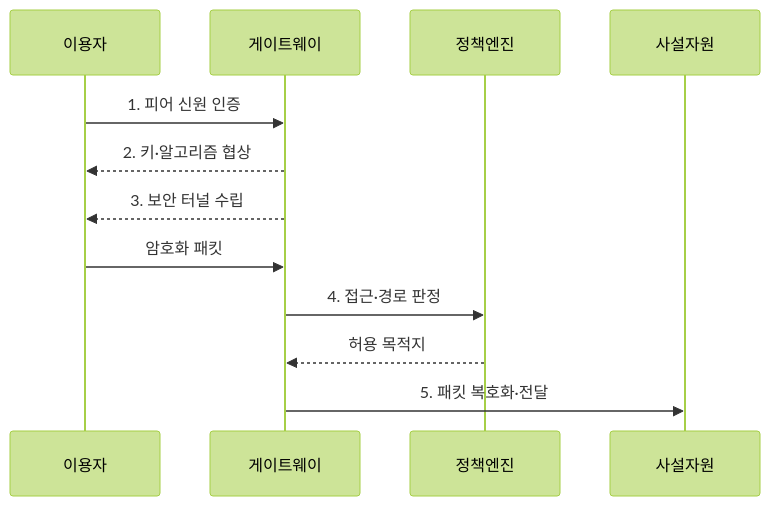
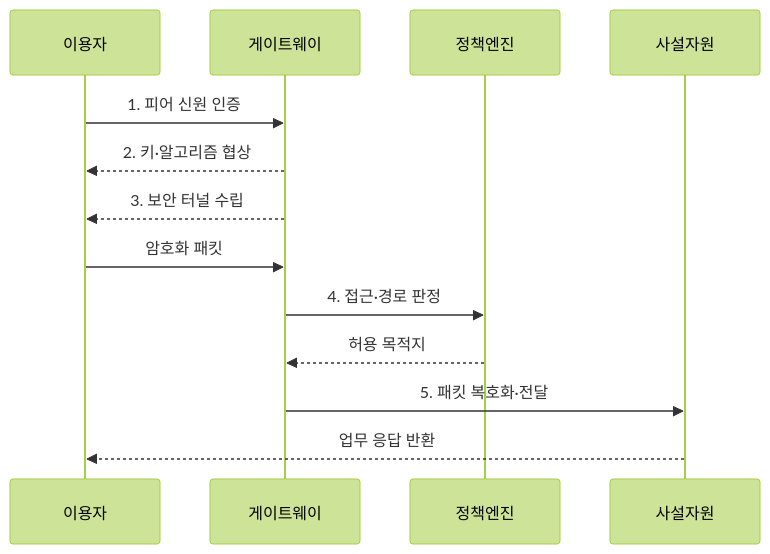
Before and after one commit to agnusdei1207/knowledge-base: the second of 2 diagrams in src/content/docs/notes/04-network/089_vpn.md, drawn with Mermaid (forest theme). The commit also changed other lines of this file and 20 other files, not shown here.

````diff
--- a/src/content/docs/notes/04-network/089_vpn.md
+++ b/src/content/docs/notes/04-network/089_vpn.md
@@ -81,14 +88,15 @@
 ```mermaid
 sequenceDiagram
     participant 이용자
     participant 게이트웨이
     participant 정책엔진
     participant 사설자원
     이용자->>게이트웨이: 1. 피어 신원 인증
     게이트웨이-->>이용자: 2. 키·알고리즘 협상
     게이트웨이-->>이용자: 3. 보안 터널 수립
     이용자->>게이트웨이: 암호화 패킷
     게이트웨이->>정책엔진: 4. 접근·경로 판정
     정책엔진-->>게이트웨이: 허용 목적지
     게이트웨이->>사설자원: 5. 패킷 복호화·전달
+    사설자원-->>이용자: 업무 응답 반환
 ```
````
